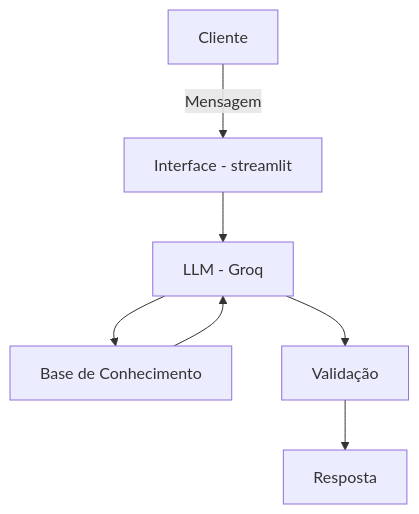
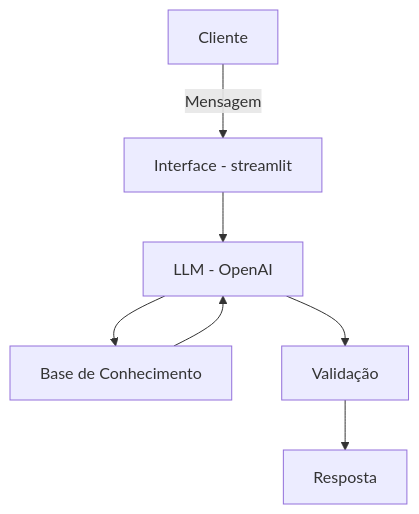
The diagram in docs/01-documentacao-agente.md (Maria-Apa/assistente_financeiro), drawn with Mermaid before and after one commit.

````diff
--- a/docs/01-documentacao-agente.md
+++ b/docs/01-documentacao-agente.md
@@ -50,9 +50,9 @@
 ```mermaid
 flowchart TD
     A[Cliente] -->|Mensagem| B[Interface - streamlit]
-    B --> C[LLM - Groq]
+    B --> C[LLM - OpenAI]
     C --> D[Base de Conhecimento]
     D --> C
     C --> E[Validação]
     E --> F[Resposta]
 ```
````
